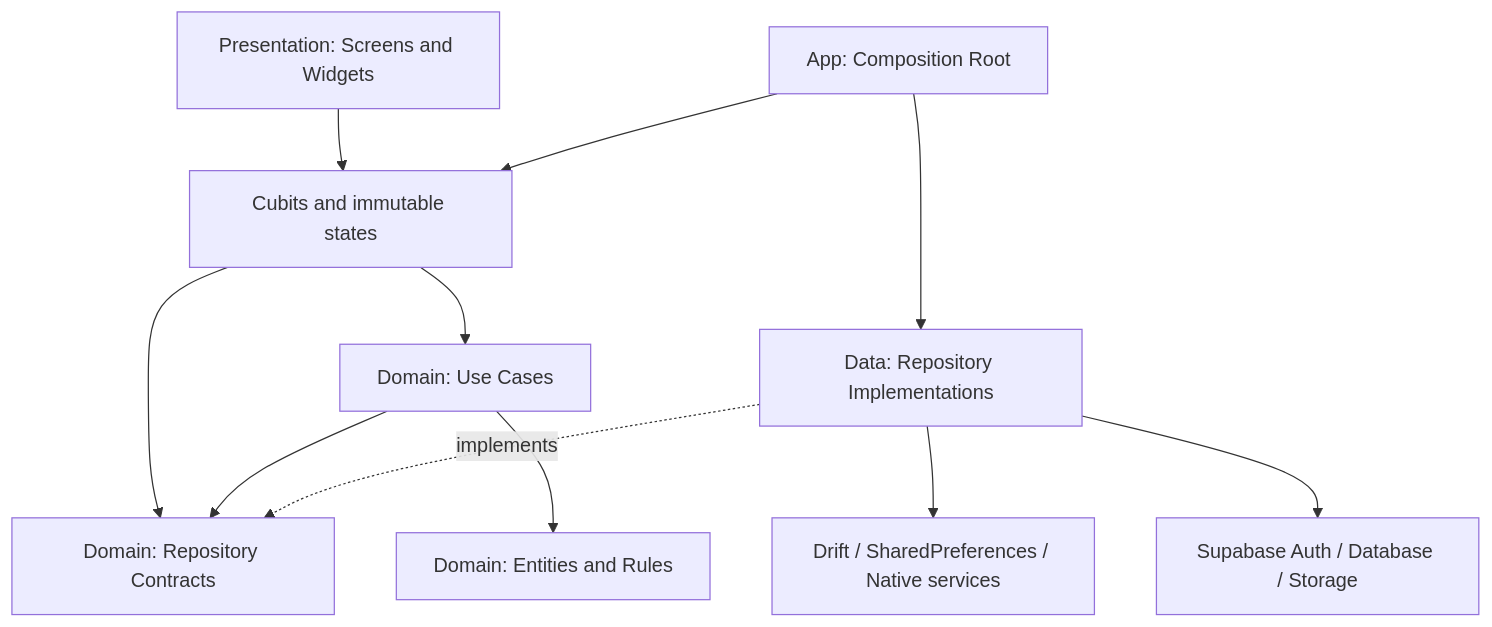
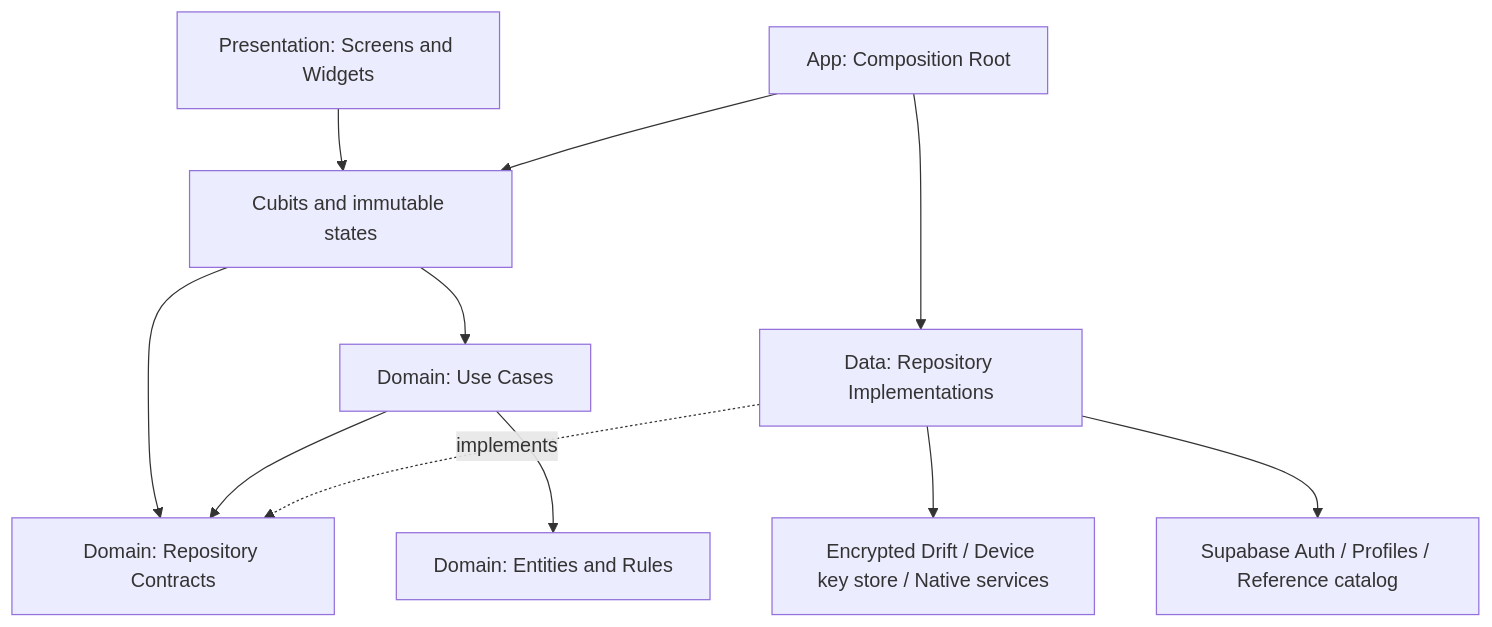
Before and after one commit to MTFOODA/floosy: the diagram in docs/architecture.md, drawn with Mermaid. The commit also changed other lines of this file and 277 other files, not shown here.

Commit message:
Implement local-first financial flow and salary cycle

````diff
--- a/docs/architecture.md
+++ b/docs/architecture.md
@@ -7,13 +7,13 @@
 ```mermaid
 flowchart TD
   UI[Presentation: Screens and Widgets] --> C[Cubits and immutable states]
   C --> U[Domain: Use Cases]
   C --> R[Domain: Repository Contracts]
   U --> R
   U --> E[Domain: Entities and Rules]
   D[Data: Repository Implementations] -. implements .-> R
-  D --> L[Drift / SharedPreferences / Native services]
-  D --> S[Supabase Auth / Database / Storage]
+  D --> L[Encrypted Drift / Device key store / Native services]
+  D --> S[Supabase Auth / Profiles / Reference catalog]
   A[App: Composition Root] --> D
   A --> C
 ```
````
